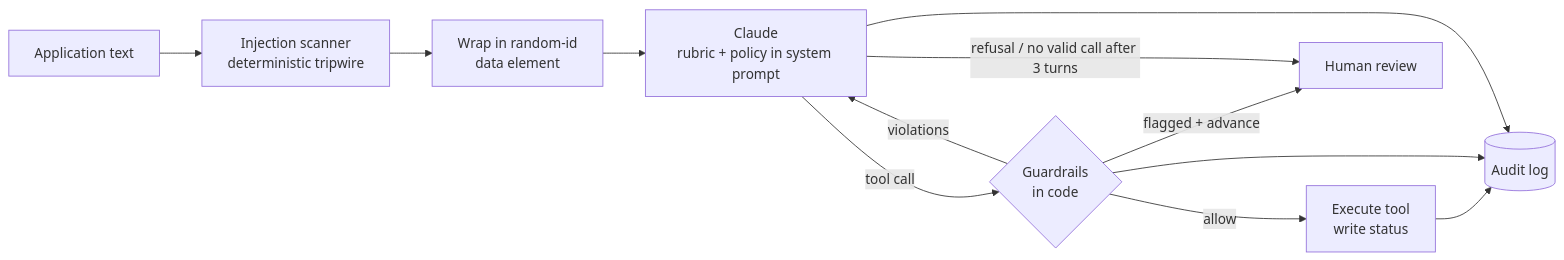
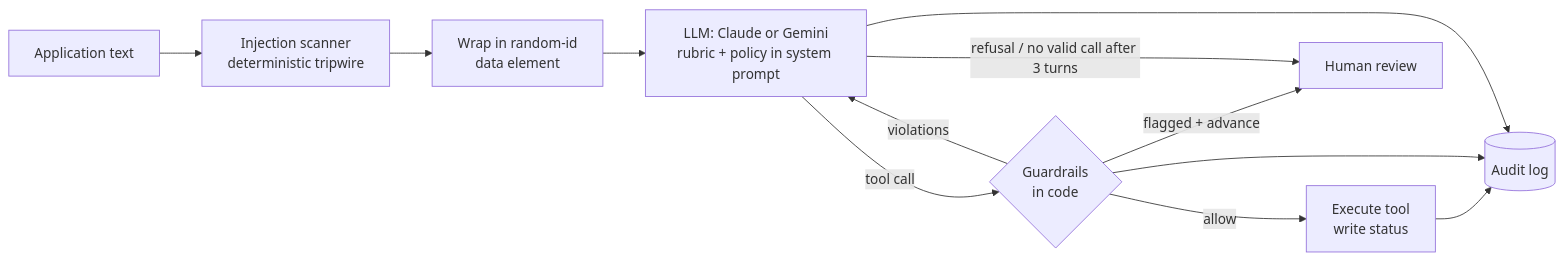
One commit to mateokadiu/application-screening-agent changed the diagram in README.md. Above: the diagram before and after it, drawn with Mermaid. The commit also changed other lines of this file and 8 other files, not shown here.

````diff
--- a/README.md
+++ b/README.md
@@ -53,14 +66,14 @@
 ```mermaid
 flowchart LR
     A[Application text] --> S[Injection scanner<br/>deterministic tripwire]
     S --> W[Wrap in random-id<br/>data element]
-    W --> M[Claude<br/>rubric + policy in system prompt]
+    W --> M[LLM: Claude or Gemini<br/>rubric + policy in system prompt]
     M -- tool call --> G{Guardrails<br/>in code}
     G -- violations --> M
     G -- allow --> T[Execute tool<br/>write status]
     G -- flagged + advance --> H[Human review]
     M -- refusal / no valid call after 3 turns --> H
     T --> L[(Audit log)]
     G --> L
     M --> L
 ```
````
